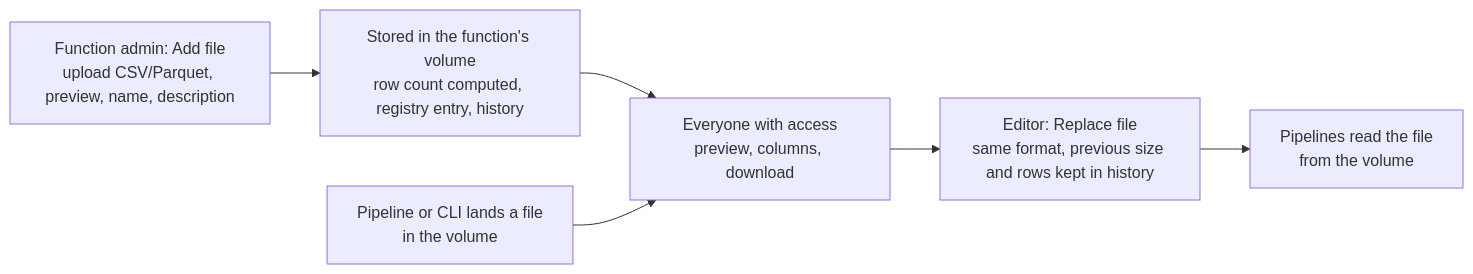
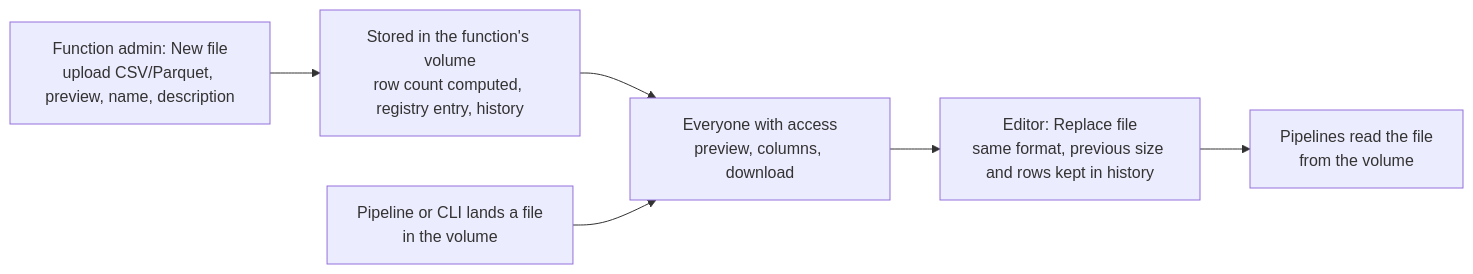
Before and after one commit to roanboc/dbx-reference-data-manager: the fourth of 6 diagrams in docs/FUNCTIONAL_DESIGN.md, drawn with Mermaid. The commit also changed 10 other files, not shown here.

````diff
--- a/docs/FUNCTIONAL_DESIGN.md
+++ b/docs/FUNCTIONAL_DESIGN.md
@@ -275,8 +275,8 @@
 ```mermaid
 flowchart LR
-    A[Function admin: Add file\nupload CSV/Parquet, preview, name, description] --> B[Stored in the function's volume\nrow count computed, registry entry, history]
+    A[Function admin: New file\nupload CSV/Parquet, preview, name, description] --> B[Stored in the function's volume\nrow count computed, registry entry, history]
     B --> C[Everyone with access\npreview, columns, download]
     C --> D[Editor: Replace file\nsame format, previous size and rows kept in history]
     D --> E[Pipelines read the file\nfrom the volume]
     F[Pipeline or CLI lands a file\nin the volume] --> C
 ```
````
